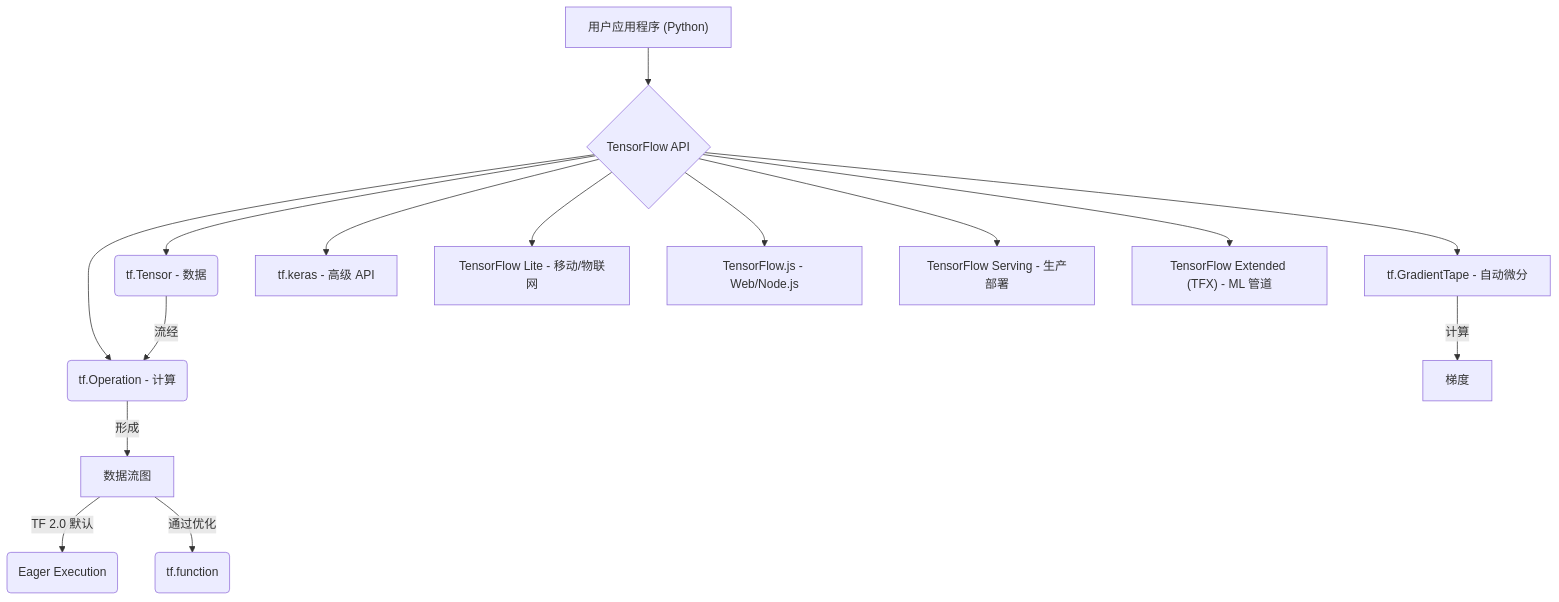
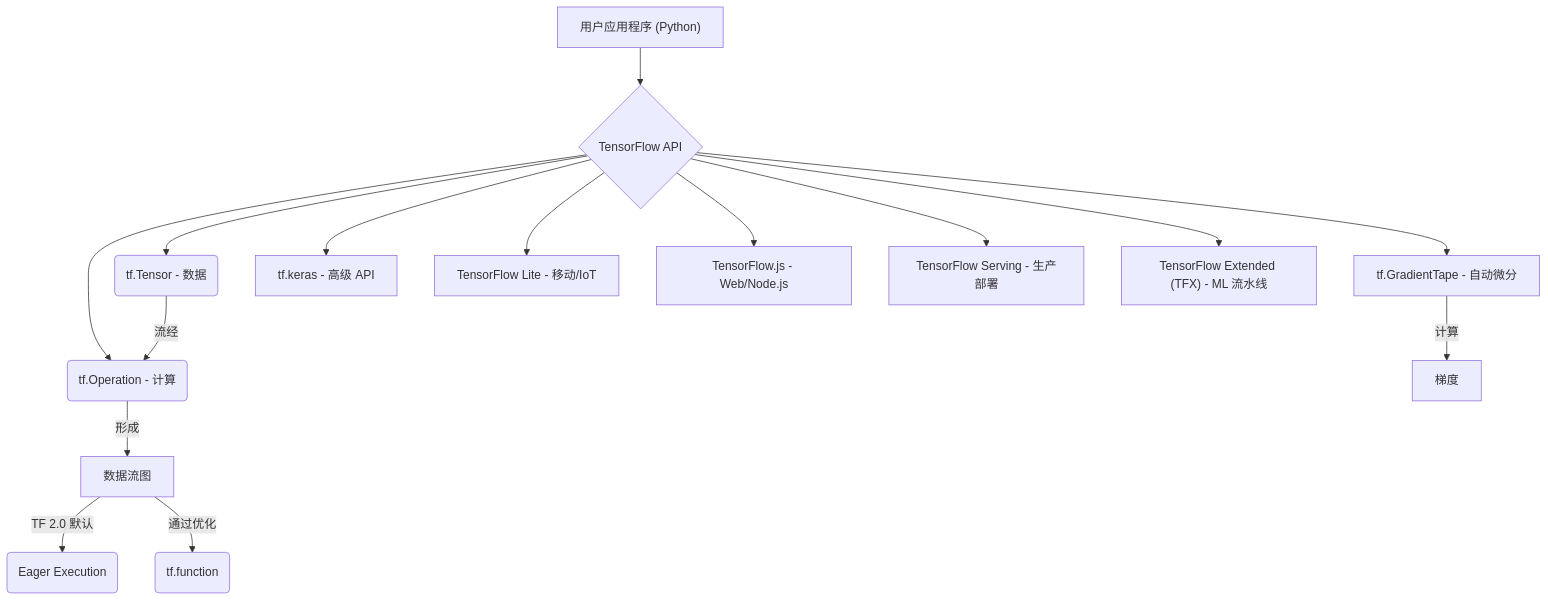
Before and after one commit to tt33415366/python_data_process_lib_intro: the second of 3 diagrams in docs/deep-learning/zh/tensorflow_evolution_document.zh.md, drawn with Mermaid. The commit also changed other lines of this file and 21 other files, not shown here.

First line of the commit message:
feat(docs): add 'Typical use cases' sections and fix Mermaid mindmaps

````diff
--- a/docs/deep-learning/zh/tensorflow_evolution_document.zh.md
+++ b/docs/deep-learning/zh/tensorflow_evolution_document.zh.md
@@ -60,21 +60,21 @@
 ```mermaid
 graph TD
     A["用户应用程序 (Python)"] --> B{TensorFlow API}
     B --> C(tf.Tensor - 数据)
     B --> D(tf.Operation - 计算)
     
     C -- 流经 --> D
     D -- 形成 --> E[数据流图]
     
     E -- TF 2.0 默认 --> F(Eager Execution)
     E -- 通过优化 --> G(tf.function)
     
     B --> H[tf.GradientTape - 自动微分]
     H -- 计算 --> I[梯度]
     
     B --> J[tf.keras - 高级 API]
-    B --> K[TensorFlow Lite - 移动/物联网]
+    B --> K[TensorFlow Lite - 移动/IoT]
     B --> L[TensorFlow.js - Web/Node.js]
     B --> M[TensorFlow Serving - 生产部署]
-    B --> N["TensorFlow Extended (TFX) - ML 管道"]
+    B --> N["TensorFlow Extended (TFX) - ML 流水线"]
 ```
````
